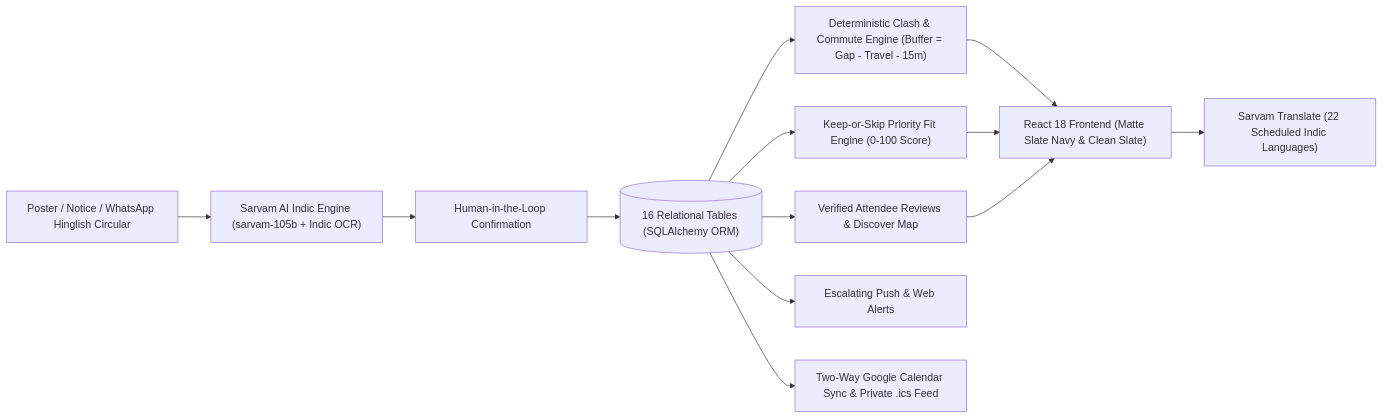
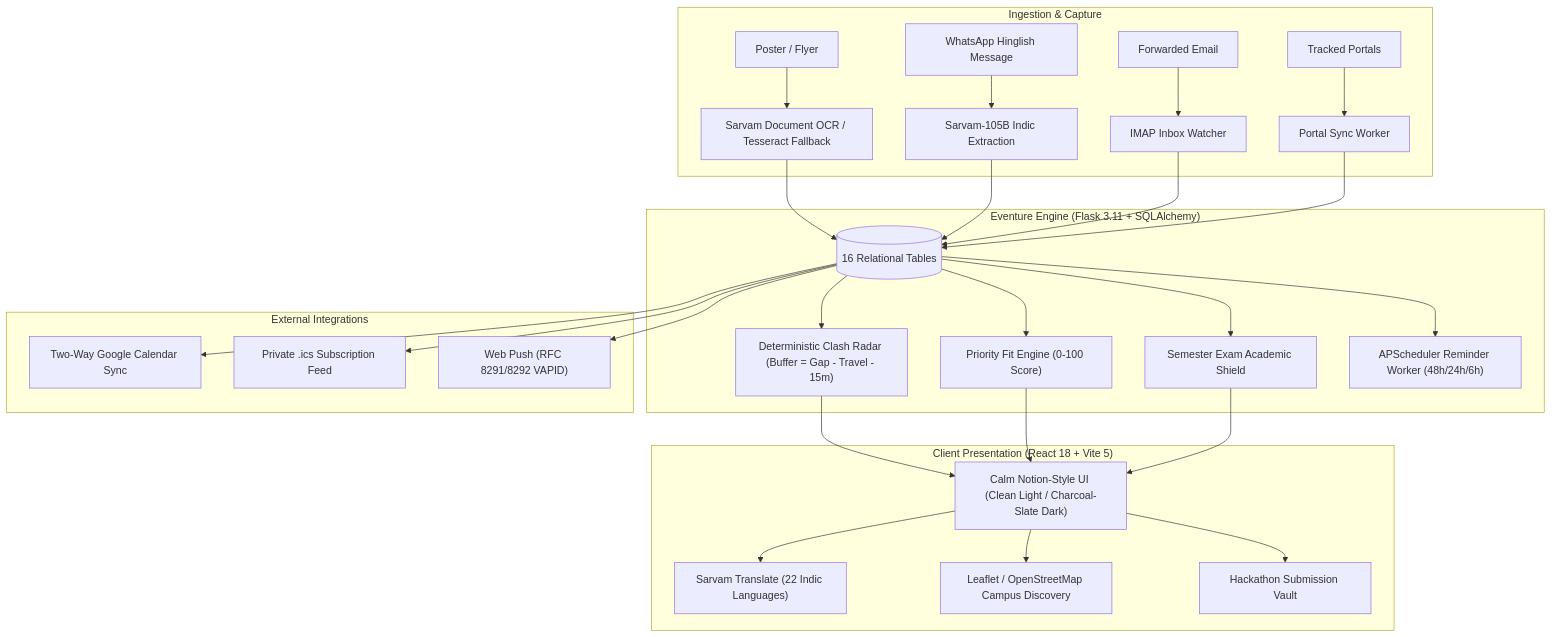
The diagram in README.md (manavsetia008/Eventure), drawn with Mermaid before and after one commit. The commit also changed other lines of this file and 17 other files, not shown here.

Commit message:
refactor(ui): overhaul screens, collapsible timeline, threshold sliders, and clean content

````diff
--- a/README.md
+++ b/README.md
@@ -33,15 +125,30 @@
 ```mermaid
-flowchart LR
-  A["Poster / Notice / WhatsApp Hinglish Circular"] --> B["Sarvam AI Indic Engine (sarvam-105b + Indic OCR)"]
-  B --> C["Human-in-the-Loop Confirmation"]
-  C --> D[("16 Relational Tables (SQLAlchemy ORM)")]
-  D --> E["Deterministic Clash & Commute Engine (Buffer = Gap - Travel - 15m)"]
-  D --> F["Keep-or-Skip Priority Fit Engine (0-100 Score)"]
-  D --> G["Verified Attendee Reviews & Discover Map"]
-  E --> H["React 18 Frontend (Matte Slate Navy & Clean Slate)"]
-  F --> H
-  G --> H
-  H --> K["Sarvam Translate (22 Scheduled Indic Languages)"]
-  D --> I["Escalating Push & Web Alerts"]
-  D --> J["Two-Way Google Calendar Sync & Private .ics Feed"]
+flowchart TD
+  subgraph Ingestion ["Ingestion & Capture"]
+    P["Poster / Flyer"] --> OCR["Sarvam Document OCR / Tesseract Fallback"]
+    W["WhatsApp Hinglish Message"] --> LLM["Sarvam-105B Indic Extraction"]
+    E["Forwarded Email"] --> IMAP["IMAP Inbox Watcher"]
+    T["Tracked Portals"] --> SCR["Portal Sync Worker"]
+  end
+
+  subgraph Core ["Eventure Engine (Flask 3.11 + SQLAlchemy)"]
+    OCR & LLM & IMAP & SCR --> DB[("16 Relational Tables")]
+    DB --> RADAR["Deterministic Clash Radar (Buffer = Gap - Travel - 15m)"]
+    DB --> SCORE["Priority Fit Engine (0-100 Score)"]
+    DB --> SHIELD["Semester Exam Academic Shield"]
+    DB --> REM["APScheduler Reminder Worker (48h/24h/6h)"]
+  end
+
+  subgraph Client ["Client Presentation (React 18 + Vite 5)"]
+    RADAR & SCORE & SHIELD --> UI["Calm Notion-Style UI (Clean Light / Charcoal-Slate Dark)"]
+    UI --> LANG["Sarvam Translate (22 Indic Languages)"]
+    UI --> MAP["Leaflet / OpenStreetMap Campus Discovery"]
+    UI --> VAULT["Hackathon Submission Vault"]
+  end
+
+  subgraph External ["External Integrations"]
+    DB --> GCAL["Two-Way Google Calendar Sync"]
+    DB --> ICS["Private .ics Subscription Feed"]
+    DB --> PUSH["Web Push (RFC 8291/8292 VAPID)"]
+  end
 ```
````
